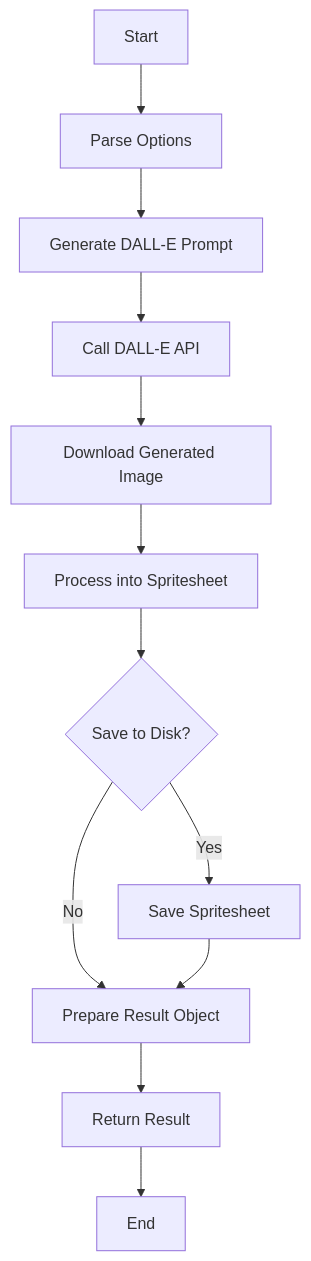
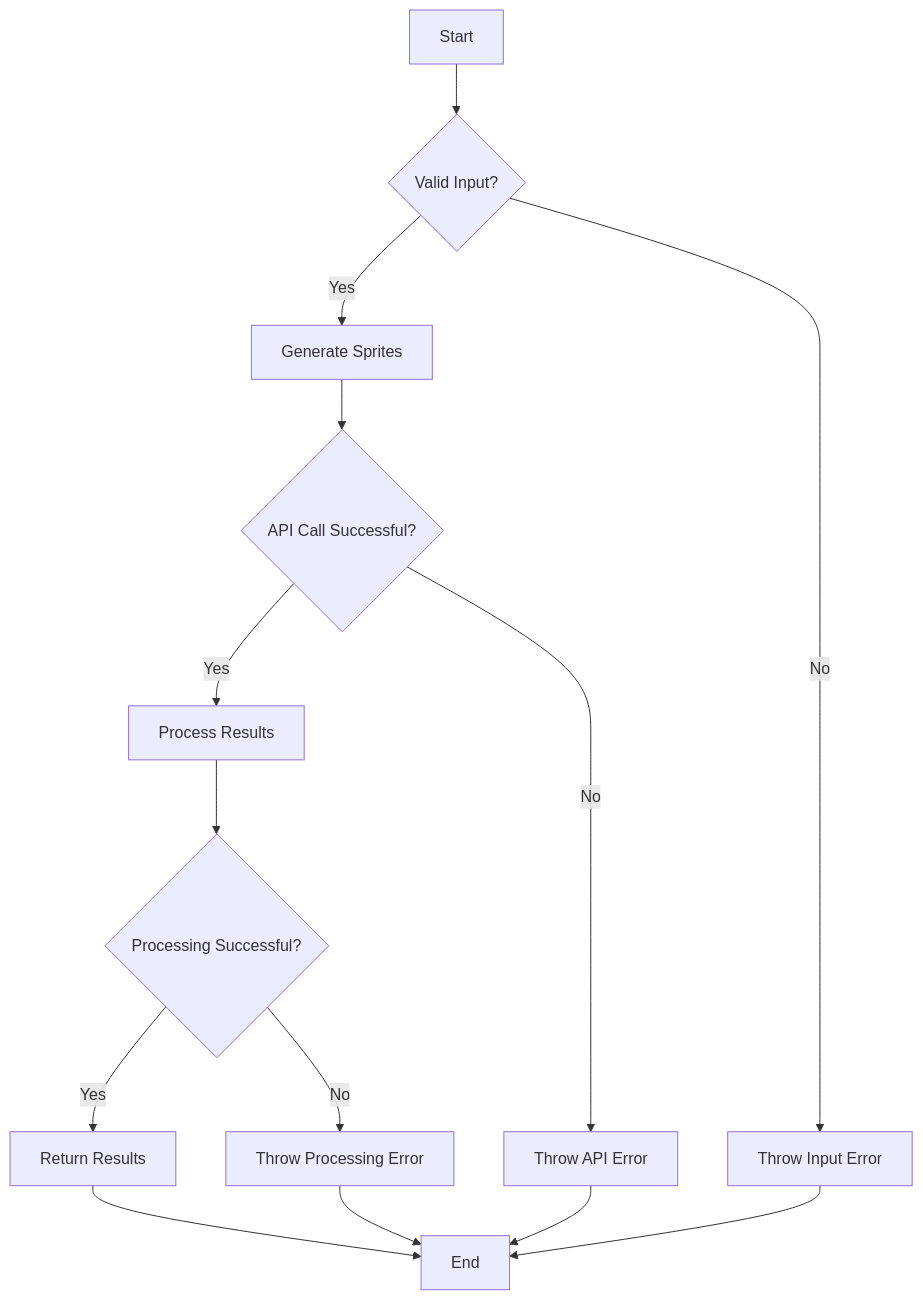
Before and after one commit to letsrockwithdocs/spriteai-dev-docs: the second of 2 diagrams in docs/generateItemSprites.md, drawn with Mermaid. The commit also changed other lines of this file and 4 other files, not shown here.

````diff
--- a/docs/generateItemSprites.md
+++ b/docs/generateItemSprites.md
@@ -215,14 +107,16 @@
 ```mermaid
 graph TD
-    A[Start] --> B[Parse Options]
-    B --> C[Generate DALL-E Prompt]
-    C --> D[Call DALL-E API]
-    D --> E[Download Generated Image]
-    E --> F[Process into Spritesheet]
-    F --> G{Save to Disk?}
-    G -->|Yes| H[Save Spritesheet]
-    G -->|No| I[Prepare Result Object]
-    H --> I
-    I --> J[Return Result]
-    J --> K[End]
+    A[Start] --> B{Valid Input?}
+    B -->|Yes| C[Generate Sprites]
+    B -->|No| D[Throw Input Error]
+    C --> E{API Call Successful?}
+    E -->|Yes| F[Process Results]
+    E -->|No| G[Throw API Error]
+    F --> H{Processing Successful?}
+    H -->|Yes| I[Return Results]
+    H -->|No| J[Throw Processing Error]
+    I --> K[End]
+    D --> K
+    G --> K
+    J --> K
 ```
````
